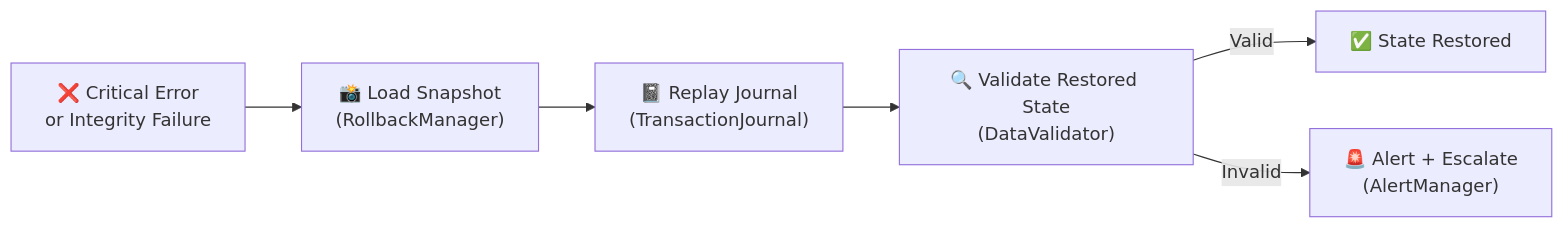
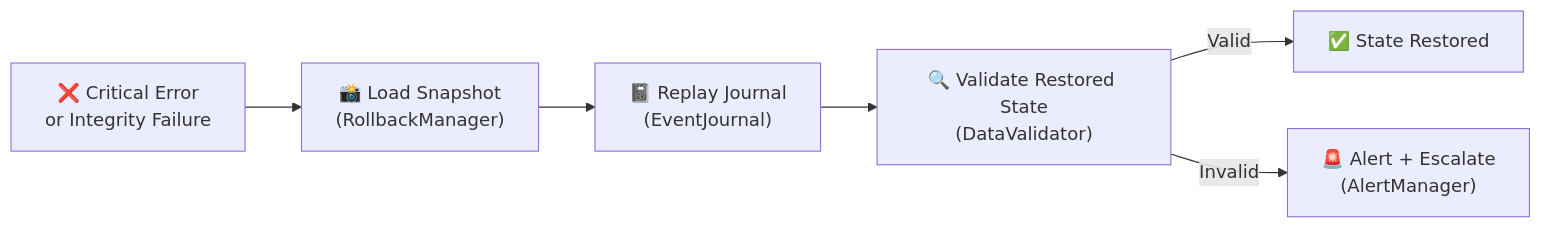
One commit to VanDung-dev/HieraChain changed the third of 3 diagrams in docs/en/workflows/error-recovery.md. Above: the diagram before and after it, drawn with Mermaid. The commit also changed other lines of this file and 20 other files, not shown here.

First line of the commit message:
docs: sync schema changes, update file paths, and improve consistency

````diff
--- a/docs/en/workflows/error-recovery.md
+++ b/docs/en/workflows/error-recovery.md
@@ -60,13 +60,13 @@
 ```mermaid
 flowchart LR
     ERR["❌ Critical Error\nor Integrity Failure"]
     SNAP["📸 Load Snapshot\n(RollbackManager)"]
-    JRNL["📓 Replay Journal\n(TransactionJournal)"]
+    JRNL["📓 Replay Journal\n(EventJournal)"]
     VER["🔍 Validate Restored State\n(DataValidator)"]
     OK["✅ State Restored"]
     ALERT["🚨 Alert + Escalate\n(AlertManager)"]
 
     ERR --> SNAP --> JRNL --> VER
     VER -->|Valid| OK
     VER -->|Invalid| ALERT
 ```
````
